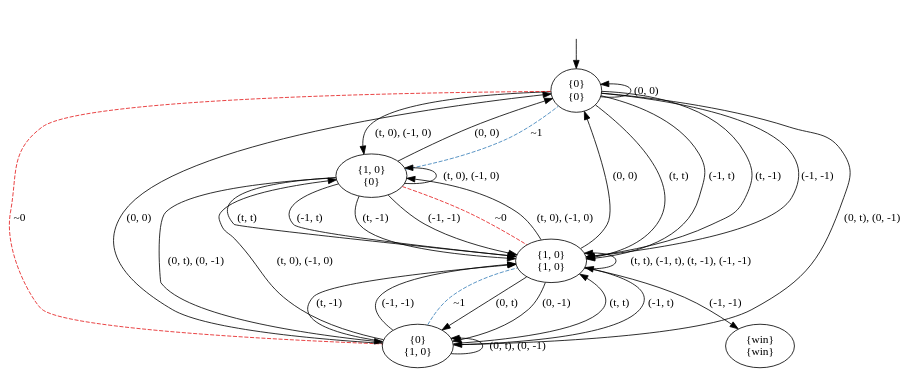
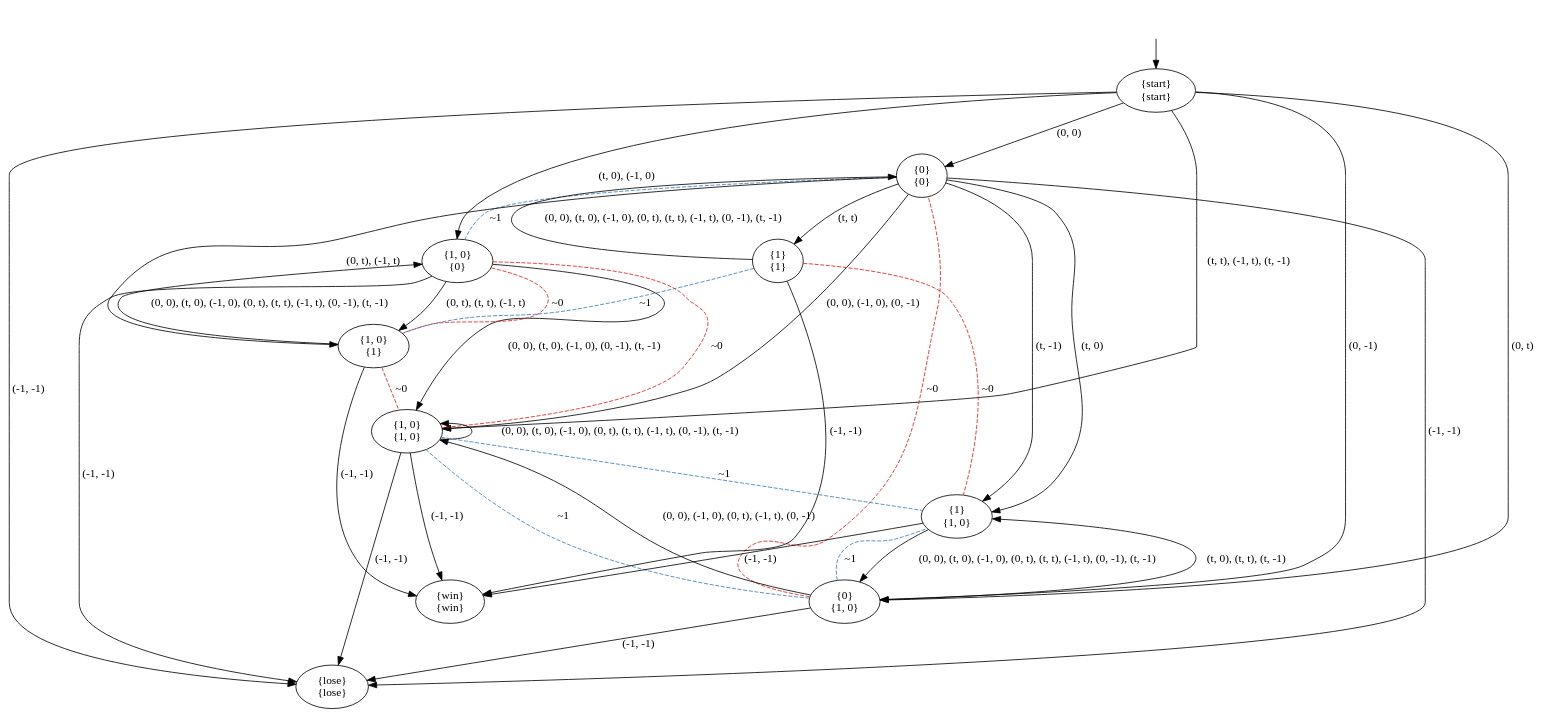
Before and after one commit to olandr/mkbsc: the diagram in pictures/GK.dot, drawn with Graphviz. The commit also changed 14 other files, not shown here.

```diff
--- a/pictures/GK.dot
+++ b/pictures/GK.dot
@@ -1,44 +1,55 @@
 digraph  {
 concentrate=False;
 nodesep=0.5;
 ranksep=0.5;
 splines=True;
-140446667546184 [label="{0}\n{0}"];
-140446667545232 [label="{1, 0}\n{0}"];
-140446667546464 [label="{0}\n{1, 0}"];
-140446667542880 [label="{1, 0}\n{1, 0}"];
-140446667216376 [label="{win}\n{win}"];
+140638940520288 [label="{start}\n{start}"];
+140638940517264 [label="{0}\n{0}"];
+140638940520120 [label="{1, 0}\n{0}"];
+140638940517768 [label="{0}\n{1, 0}"];
+140638940519728 [label="{1, 0}\n{1, 0}"];
+140638940519448 [label="{lose}\n{lose}"];
+140638940520400 [label="{1}\n{1, 0}"];
+140638940627800 [label="{1, 0}\n{1}"];
+140638940627128 [label="{1}\n{1}"];
+140638940713928 [label="{win}\n{win}"];
 hidden [label="", shape=none];
-140446667546184 -> 140446667546184  [action="('0', '0')", dir=back, key="('0', '0')", label="(0, 0)"];
-140446667546184 -> 140446667542880  [action="('t', 't')", key="('t', 't')", label="(t, t)"];
-140446667546184 -> 140446667542880  [action="('-1', 't')", key="('-1', 't')", label="(-1, t)"];
-140446667546184 -> 140446667542880  [action="('t', '-1')", key="('t', '-1')", label="(t, -1)"];
-140446667546184 -> 140446667542880  [action="('-1', '-1')", key="('-1', '-1')", label="(-1, -1)"];
-140446667546184 -> 140446667545232  [action="(('t', '0'), ('-1', '0'))", key="(('t', '0'), ('-1', '0'))", label="(t, 0), (-1, 0)"];
-140446667546184 -> 140446667546464  [action="(('0', 't'), ('0', '-1'))", key="(('0', 't'), ('0', '-1'))", label="(0, t), (0, -1)"];
-140446667546184 -> 140446667546464  [arrowhead=none, color=1, colorscheme=set19, constraint=True, key=1, label="~0", style=dashed];
-140446667545232 -> 140446667546184  [action="('0', '0')", key="('0', '0')", label="(0, 0)"];
-140446667545232 -> 140446667546184  [arrowhead=none, color=2, colorscheme=set19, constraint=True, key=1, label="~1", style=dashed];
-140446667545232 -> 140446667542880  [action="('t', 't')", key="('t', 't')", label="(t, t)"];
-140446667545232 -> 140446667542880  [action="('-1', 't')", key="('-1', 't')", label="(-1, t)"];
-140446667545232 -> 140446667542880  [action="('t', '-1')", key="('t', '-1')", label="(t, -1)"];
-140446667545232 -> 140446667542880  [action="('-1', '-1')", key="('-1', '-1')", label="(-1, -1)"];
-140446667545232 -> 140446667542880  [arrowhead=none, color=1, colorscheme=set19, constraint=True, key=4, label="~0", style=dashed];
-140446667545232 -> 140446667545232  [action="(('t', '0'), ('-1', '0'))", dir=back, key="(('t', '0'), ('-1', '0'))", label="(t, 0), (-1, 0)"];
-140446667545232 -> 140446667546464  [action="(('0', 't'), ('0', '-1'))", key="(('0', 't'), ('0', '-1'))", label="(0, t), (0, -1)"];
-140446667546464 -> 140446667546184  [action="('0', '0')", key="('0', '0')", label="(0, 0)"];
-140446667546464 -> 140446667542880  [action="('t', 't')", key="('t', 't')", label="(t, t)"];
-140446667546464 -> 140446667542880  [action="('-1', 't')", key="('-1', 't')", label="(-1, t)"];
-140446667546464 -> 140446667542880  [action="('t', '-1')", key="('t', '-1')", label="(t, -1)"];
-140446667546464 -> 140446667542880  [action="('-1', '-1')", key="('-1', '-1')", label="(-1, -1)"];
-140446667546464 -> 140446667542880  [arrowhead=none, color=2, colorscheme=set19, constraint=True, key=4, label="~1", style=dashed];
-140446667546464 -> 140446667545232  [action="(('t', '0'), ('-1', '0'))", key="(('t', '0'), ('-1', '0'))", label="(t, 0), (-1, 0)"];
-140446667546464 -> 140446667546464  [action="(('0', 't'), ('0', '-1'))", dir=back, key="(('0', 't'), ('0', '-1'))", label="(0, t), (0, -1)"];
-140446667542880 -> 140446667546184  [action="('0', '0')", key="('0', '0')", label="(0, 0)"];
-140446667542880 -> 140446667546464  [action="('0', 't')", key="('0', 't')", label="(0, t)"];
-140446667542880 -> 140446667546464  [action="('0', '-1')", key="('0', '-1')", label="(0, -1)"];
-140446667542880 -> 140446667216376  [action="('-1', '-1')", key="('-1', '-1')", label="(-1, -1)"];
-140446667542880 -> 140446667545232  [action="(('t', '0'), ('-1', '0'))", key="(('t', '0'), ('-1', '0'))", label="(t, 0), (-1, 0)"];
-140446667542880 -> 140446667542880  [action="(('t', 't'), ('-1', 't'), ('t', '-1'), ('-1', '-1'))", dir=back, key="(('t', 't'), ('-1', 't'), ('t', '-1'), ('-1', '-1'))", label="(t, t), (-1, t), (t, -1), (-1, -1)"];
-hidden -> 140446667546184  [key=0];
+140638940520288 -> 140638940517264  [action="('0', '0')", key="('0', '0')", label="(0, 0)"];
+140638940520288 -> 140638940517768  [action="('0', 't')", key="('0', 't')", label="(0, t)"];
+140638940520288 -> 140638940517768  [action="('0', '-1')", key="('0', '-1')", label="(0, -1)"];
+140638940520288 -> 140638940519448  [action="('-1', '-1')", key="('-1', '-1')", label="(-1, -1)"];
+140638940520288 -> 140638940520120  [action="(('t', '0'), ('-1', '0'))", key="(('t', '0'), ('-1', '0'))", label="(t, 0), (-1, 0)"];
+140638940520288 -> 140638940519728  [action="(('t', 't'), ('-1', 't'), ('t', '-1'))", key="(('t', 't'), ('-1', 't'), ('t', '-1'))", label="(t, t), (-1, t), (t, -1)"];
+140638940517264 -> 140638940520400  [action="('t', '0')", key="('t', '0')", label="(t, 0)"];
+140638940517264 -> 140638940520400  [action="('t', '-1')", key="('t', '-1')", label="(t, -1)"];
+140638940517264 -> 140638940627128  [action="('t', 't')", key="('t', 't')", label="(t, t)"];
+140638940517264 -> 140638940519448  [action="('-1', '-1')", key="('-1', '-1')", label="(-1, -1)"];
+140638940517264 -> 140638940519728  [action="(('0', '0'), ('-1', '0'), ('0', '-1'))", key="(('0', '0'), ('-1', '0'), ('0', '-1'))", label="(0, 0), (-1, 0), (0, -1)"];
+140638940517264 -> 140638940627800  [action="(('0', 't'), ('-1', 't'))", key="(('0', 't'), ('-1', 't'))", label="(0, t), (-1, t)"];
+140638940517264 -> 140638940520120  [arrowhead=none, color=2, colorscheme=set19, constraint=True, key=0, label="~1", style=dashed];
+140638940520120 -> 140638940519448  [action="('-1', '-1')", key="('-1', '-1')", label="(-1, -1)"];
+140638940520120 -> 140638940519728  [action="(('0', '0'), ('t', '0'), ('-1', '0'), ('0', '-1'), ('t', '-1'))", key="(('0', '0'), ('t', '0'), ('-1', '0'), ('0', '-1'), ('t', '-1'))", label="(0, 0), (t, 0), (-1, 0), (0, -1), (t, -1)"];
+140638940520120 -> 140638940519728  [arrowhead=none, color=1, colorscheme=set19, constraint=True, key=1, label="~0", style=dashed];
+140638940520120 -> 140638940627800  [action="(('0', 't'), ('t', 't'), ('-1', 't'))", key="(('0', 't'), ('t', 't'), ('-1', 't'))", label="(0, t), (t, t), (-1, t)"];
+140638940520120 -> 140638940627800  [arrowhead=none, color=1, colorscheme=set19, constraint=True, key=1, label="~0", style=dashed];
+140638940517768 -> 140638940519448  [action="('-1', '-1')", key="('-1', '-1')", label="(-1, -1)"];
+140638940517768 -> 140638940519728  [action="(('0', '0'), ('-1', '0'), ('0', 't'), ('-1', 't'), ('0', '-1'))", key="(('0', '0'), ('-1', '0'), ('0', 't'), ('-1', 't'), ('0', '-1'))", label="(0, 0), (-1, 0), (0, t), (-1, t), (0, -1)"];
+140638940517768 -> 140638940519728  [arrowhead=none, color=2, colorscheme=set19, constraint=True, key=1, label="~1", style=dashed];
+140638940517768 -> 140638940520400  [action="(('t', '0'), ('t', 't'), ('t', '-1'))", key="(('t', '0'), ('t', 't'), ('t', '-1'))", label="(t, 0), (t, t), (t, -1)"];
+140638940517768 -> 140638940520400  [arrowhead=none, color=2, colorscheme=set19, constraint=True, key=1, label="~1", style=dashed];
+140638940517768 -> 140638940517264  [arrowhead=none, color=1, colorscheme=set19, constraint=True, key=0, label="~0", style=dashed];
+140638940519728 -> 140638940519448  [action="('-1', '-1')", key="('-1', '-1')", label="(-1, -1)"];
+140638940519728 -> 140638940713928  [action="('-1', '-1')", key="('-1', '-1')", label="(-1, -1)"];
+140638940519728 -> 140638940519728  [action="(('0', '0'), ('t', '0'), ('-1', '0'), ('0', 't'), ('t', 't'), ('-1', 't'), ('0', '-1'), ('t', '-1'))", dir=back, key="(('0', '0'), ('t', '0'), ('-1', '0'), ('0', 't'), ('t', 't'), ('-1', 't'), ('0', '-1'), ('t', '-1'))", label="(0, 0), (t, 0), (-1, 0), (0, t), (t, t), (-1, t), (0, -1), (t, -1)"];
+140638940519728 -> 140638940520400  [arrowhead=none, color=2, colorscheme=set19, constraint=True, key=0, label="~1", style=dashed];
+140638940520400 -> 140638940713928  [action="('-1', '-1')", key="('-1', '-1')", label="(-1, -1)"];
+140638940520400 -> 140638940517768  [action="(('0', '0'), ('t', '0'), ('-1', '0'), ('0', 't'), ('t', 't'), ('-1', 't'), ('0', '-1'), ('t', '-1'))", key="(('0', '0'), ('t', '0'), ('-1', '0'), ('0', 't'), ('t', 't'), ('-1', 't'), ('0', '-1'), ('t', '-1'))", label="(0, 0), (t, 0), (-1, 0), (0, t), (t, t), (-1, t), (0, -1), (t, -1)"];
+140638940627800 -> 140638940713928  [action="('-1', '-1')", key="('-1', '-1')", label="(-1, -1)"];
+140638940627800 -> 140638940520120  [action="(('0', '0'), ('t', '0'), ('-1', '0'), ('0', 't'), ('t', 't'), ('-1', 't'), ('0', '-1'), ('t', '-1'))", key="(('0', '0'), ('t', '0'), ('-1', '0'), ('0', 't'), ('t', 't'), ('-1', 't'), ('0', '-1'), ('t', '-1'))", label="(0, 0), (t, 0), (-1, 0), (0, t), (t, t), (-1, t), (0, -1), (t, -1)"];
+140638940627800 -> 140638940519728  [arrowhead=none, color=1, colorscheme=set19, constraint=True, key=0, label="~0", style=dashed];
+140638940627128 -> 140638940713928  [action="('-1', '-1')", key="('-1', '-1')", label="(-1, -1)"];
+140638940627128 -> 140638940517264  [action="(('0', '0'), ('t', '0'), ('-1', '0'), ('0', 't'), ('t', 't'), ('-1', 't'), ('0', '-1'), ('t', '-1'))", key="(('0', '0'), ('t', '0'), ('-1', '0'), ('0', 't'), ('t', 't'), ('-1', 't'), ('0', '-1'), ('t', '-1'))", label="(0, 0), (t, 0), (-1, 0), (0, t), (t, t), (-1, t), (0, -1), (t, -1)"];
+140638940627128 -> 140638940520400  [arrowhead=none, color=1, colorscheme=set19, constraint=True, key=0, label="~0", style=dashed];
+140638940627128 -> 140638940627800  [arrowhead=none, color=2, colorscheme=set19, constraint=True, key=0, label="~1", style=dashed];
+hidden -> 140638940520288  [key=0];
 }
```
